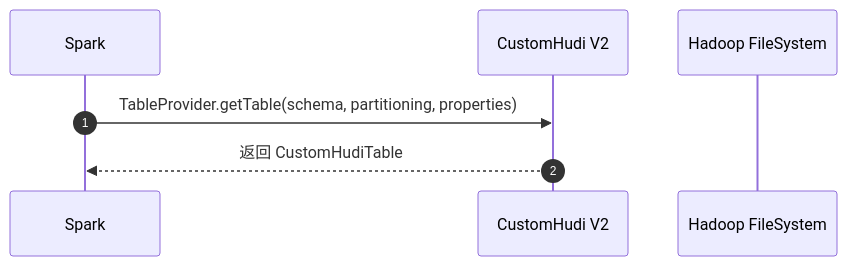
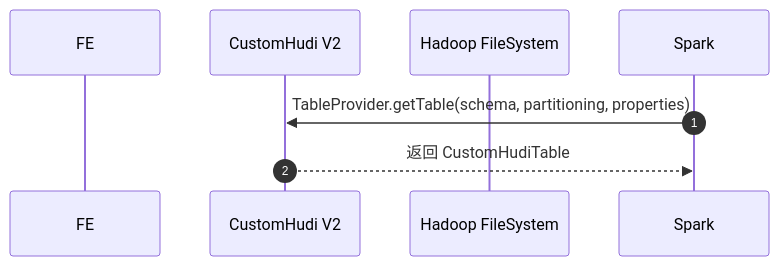
The diagram in all/Doris-写入数据.md (HY-10-8/iodraw-files), drawn with Mermaid before and after one commit.

Commit message:
2026-04-22 17:07:05 update

````diff
--- a/all/Doris-写入数据.md
+++ b/all/Doris-写入数据.md
@@ -1,11 +1,11 @@
 ```mermaid
 sequenceDiagram
     autonumber
 
-    participant Spark
+    participant FE
     participant DSv2 as CustomHudi V2
     participant Storage as Hadoop FileSystem
 
     Spark->>DSv2: TableProvider.getTable(schema, partitioning, properties)
     DSv2-->>Spark: 返回 CustomHudiTable
 ```
````
